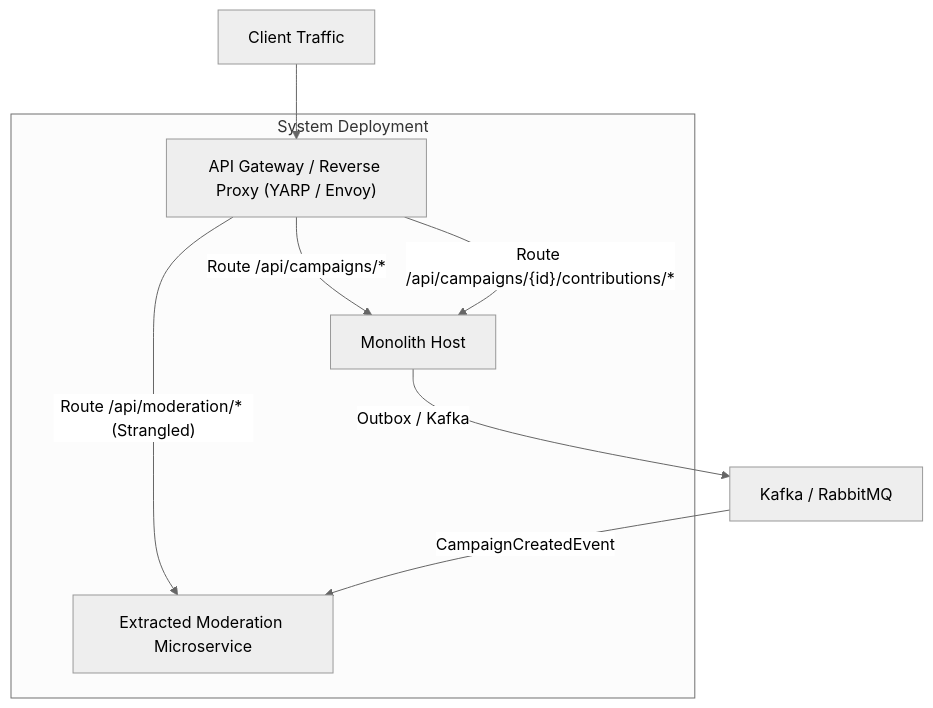
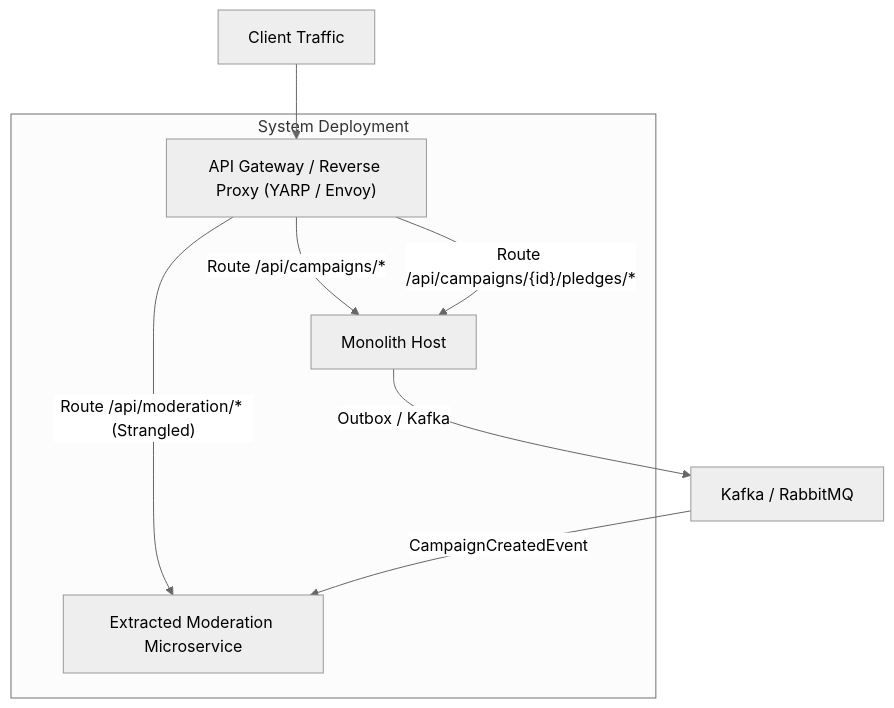
One commit to maysamgamini/crowdfundinghub changed the second of 2 diagrams in educational/01-architecture-paradigms/monolith-to-microservices-blueprint.md. Above: the diagram before and after it, drawn with Mermaid (neutral theme). The commit also changed other lines of this file and 571 other files, not shown here.

````diff
--- a/educational/01-architecture-paradigms/monolith-to-microservices-blueprint.md
+++ b/educational/01-architecture-paradigms/monolith-to-microservices-blueprint.md
@@ -108,13 +108,13 @@
 ```mermaid
 graph TD
     Client["Client Traffic"] --> Gateway["API Gateway / Reverse Proxy (YARP / Envoy)"]
     
     subgraph DecomposedSystem["System Deployment"]
         Gateway -- "Route /api/campaigns/*" --> Monolith["Monolith Host"]
-        Gateway -- "Route /api/campaigns/{id}/contributions/*" --> Monolith
+        Gateway -- "Route /api/campaigns/{id}/pledges/*" --> Monolith
         Gateway -- "Route /api/moderation/* (Strangled)" --> ModService["Extracted Moderation Microservice"]
     end
 
     Monolith -- "Outbox / Kafka" --> Broker["Kafka / RabbitMQ"]
     Broker -- "CampaignCreatedEvent" --> ModService
 ```
````
